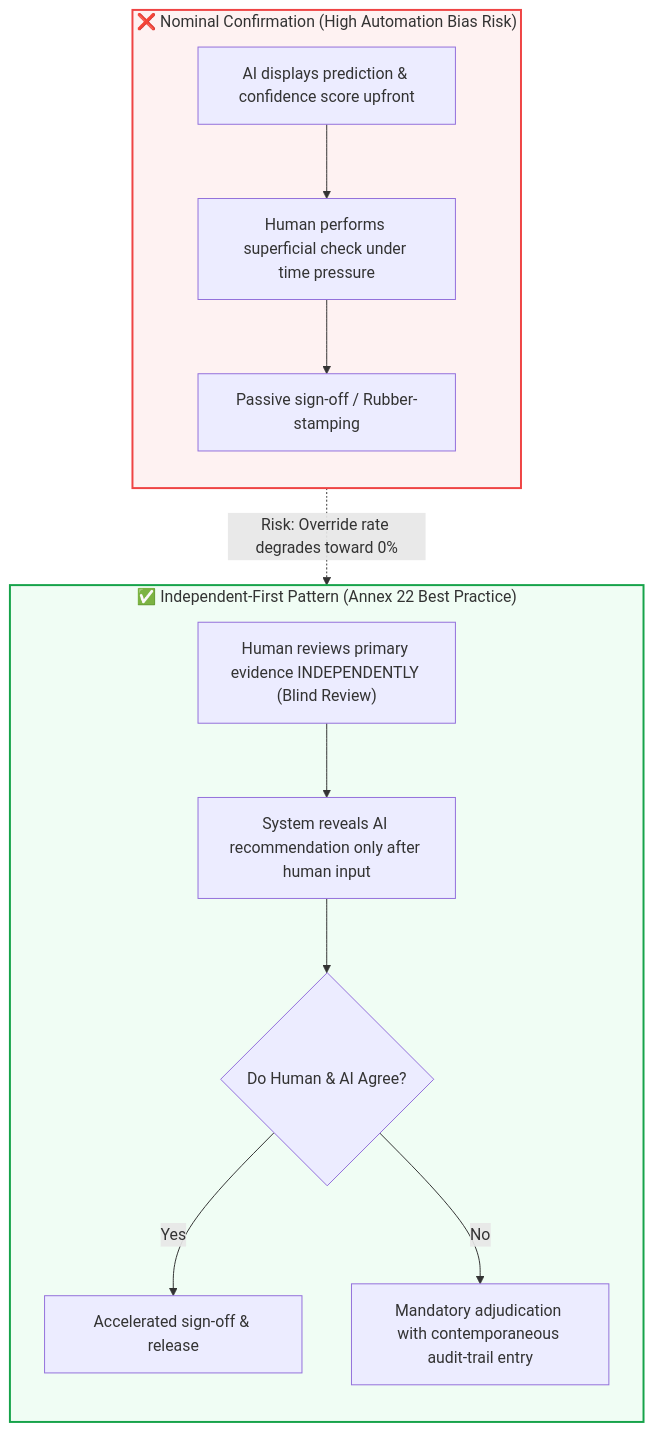
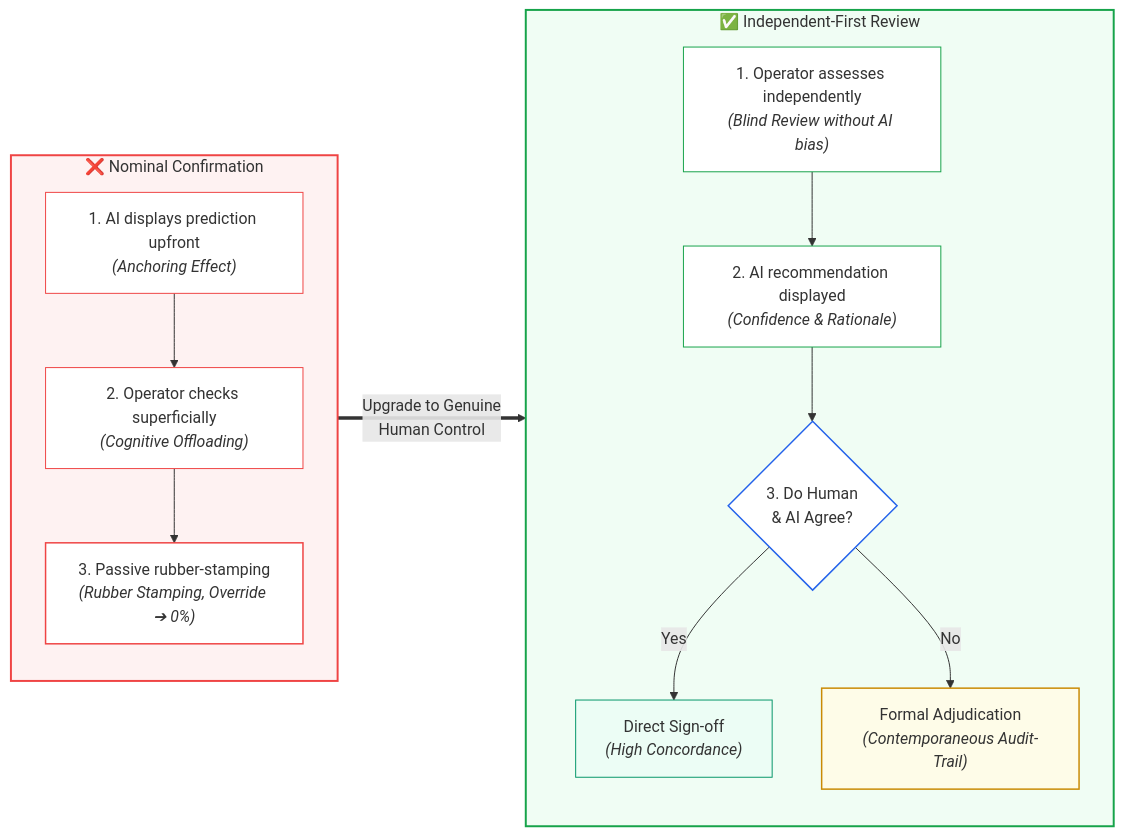
The diagram in docs/en/module_10_human_oversight_hitl.md (Lunaman06/Annex22), drawn with Mermaid before and after one commit. The commit also changed other lines of this file and 29 other files, not shown here.

Commit message:
style(docs): optimize mermaid diagram aspect ratios, edge flows and legibility across all DE and EN modules

````diff
--- a/docs/en/module_10_human_oversight_hitl.md
+++ b/docs/en/module_10_human_oversight_hitl.md
@@ -23,21 +23,35 @@
 ```mermaid
-flowchart TD
-    subgraph Bad["❌ Nominal Confirmation (High Automation Bias Risk)"]
+flowchart LR
+    subgraph Bad["❌ Nominal Confirmation"]
         direction TB
-        B1["AI displays prediction & confidence score upfront"] --> B2["Human performs superficial check under time pressure"]
-        B2 --> B3["Passive sign-off / Rubber-stamping"]
+        B1["1. AI displays prediction upfront<br/><i>(Anchoring Effect)</i>"]
+        B2["2. Operator checks superficially<br/><i>(Cognitive Offloading)</i>"]
+        B3["3. Passive rubber-stamping<br/><i>(Rubber Stamping, Override ➔ 0%)</i>"]
+        B1 --> B2 --> B3
     end
 
-    subgraph Good["✅ Independent-First Pattern (Annex 22 Best Practice)"]
+    subgraph Good["✅ Independent-First Review"]
         direction TB
-        G1["Human reviews primary evidence INDEPENDENTLY (Blind Review)"] --> G2["System reveals AI recommendation only after human input"]
-        G2 --> G3{"Do Human & AI Agree?"}
-        G3 -- Yes --> G4["Accelerated sign-off & release"]
-        G3 -- No --> G5["Mandatory adjudication with contemporaneous audit-trail entry"]
+        G1["1. Operator assesses independently<br/><i>(Blind Review without AI bias)</i>"]
+        G2["2. AI recommendation displayed<br/><i>(Confidence & Rationale)</i>"]
+        G3{"3. Do Human<br/>& AI Agree?"}
+        G4["Direct Sign-off<br/><i>(High Concordance)</i>"]
+        G5["Formal Adjudication<br/><i>(Contemporaneous Audit-Trail)</i>"]
+        G1 --> G2 --> G3
+        G3 -- "Yes" --> G4
+        G3 -- "No" --> G5
     end
 
-    Bad -.->|Risk: Override rate degrades toward 0%| Good
+    Bad ==>|"Upgrade to Genuine<br/>Human Control"| Good
 
     style Bad fill:#fef2f2,stroke:#ef4444,stroke-width:2px
     style Good fill:#f0fdf4,stroke:#16a34a,stroke-width:2px
+    style B1 fill:#ffffff,stroke:#ef4444,stroke-width:1px
+    style B2 fill:#ffffff,stroke:#ef4444,stroke-width:1px
+    style B3 fill:#ffffff,stroke:#ef4444,stroke-width:1.5px
+    style G1 fill:#ffffff,stroke:#16a34a,stroke-width:1px
+    style G2 fill:#ffffff,stroke:#16a34a,stroke-width:1px
+    style G3 fill:#ffffff,stroke:#2563eb,stroke-width:1.5px
+    style G4 fill:#ecfdf5,stroke:#059669,stroke-width:1px
+    style G5 fill:#fefce8,stroke:#ca8a04,stroke-width:1.5px
 ```
````
